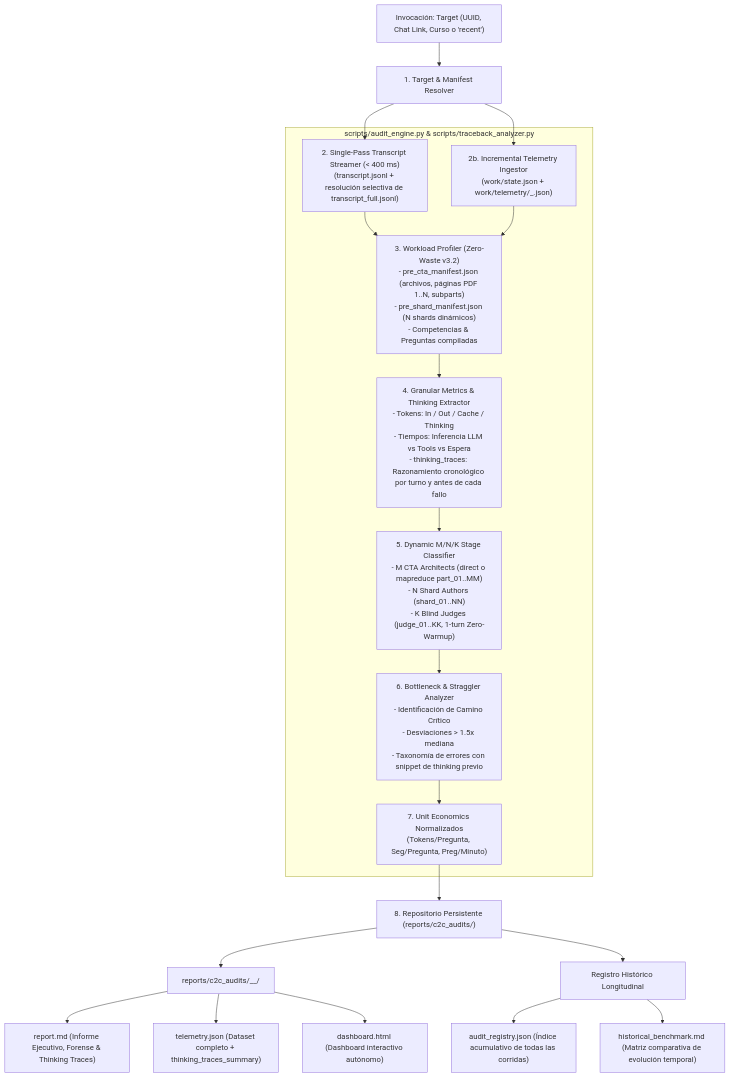
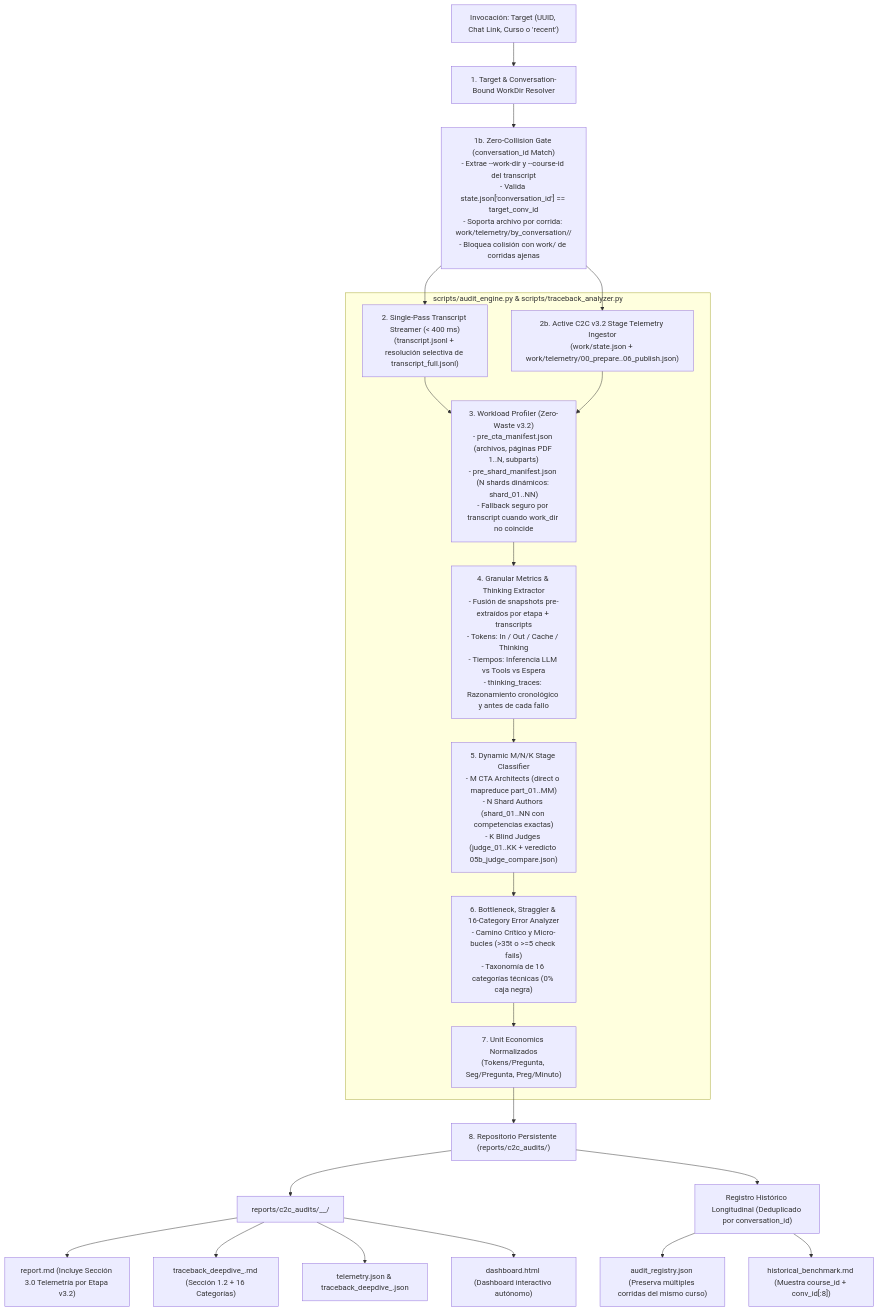
The diagram in .agents/skills/c2c-run-auditor/SKILL.md (aguerta/Tops_academy), drawn with Mermaid before and after one commit. The commit also changed other lines of this file and 10 other files, not shown here.

Commit message:
feat(skills): update c2c-run-auditor, telemetry collector, judge verification discovery & delete-course fuzzy resolution

````diff
--- a/.agents/skills/c2c-run-auditor/SKILL.md
+++ b/.agents/skills/c2c-run-auditor/SKILL.md
@@ -62,25 +62,27 @@
 ```mermaid
 flowchart TD
-    User["Invocación: Target (UUID, Chat Link, Curso o 'recent')"] --> Resolver["1. Target & Manifest Resolver"]
-    Resolver --> Streamer["2. Single-Pass Transcript Streamer (< 400 ms)\n(transcript.jsonl + resolución selectiva de transcript_full.jsonl)"]
-    Resolver --> IncTel["2b. Incremental Telemetry Ingestor\n(work/state.json + work/telemetry/<idx>_<stage>.json)"]
+    User["Invocación: Target (UUID, Chat Link, Curso o 'recent')"] --> Resolver["1. Target & Conversation-Bound WorkDir Resolver"]
+    Resolver --> ZeroColl["1b. Zero-Collision Gate (conversation_id Match)\n- Extrae --work-dir y --course-id del transcript\n- Valida state.json['conversation_id'] == target_conv_id\n- Soporta archivo por corrida: work/telemetry/by_conversation/<conv_id>/\n- Bloquea colisión con work/ de corridas ajenas"]
+    ZeroColl --> Streamer["2. Single-Pass Transcript Streamer (< 400 ms)\n(transcript.jsonl + resolución selectiva de transcript_full.jsonl)"]
+    ZeroColl --> IncTel["2b. Active C2C v3.2 Stage Telemetry Ingestor\n(work/state.json + work/telemetry/00_prepare..06_publish.json)"]
     
     subgraph Engine ["scripts/audit_engine.py & scripts/traceback_analyzer.py"]
-        Streamer --> Workload["3. Workload Profiler (Zero-Waste v3.2)\n- pre_cta_manifest.json (archivos, páginas PDF 1..N, subparts)\n- pre_shard_manifest.json (N shards dinámicos)\n- Competencias & Preguntas compiladas"]
+        Streamer --> Workload["3. Workload Profiler (Zero-Waste v3.2)\n- pre_cta_manifest.json (archivos, páginas PDF 1..N, subparts)\n- pre_shard_manifest.json (N shards dinámicos: shard_01..NN)\n- Fallback seguro por transcript cuando work_dir no coincide"]
         IncTel --> Workload
-        Workload --> Metrics["4. Granular Metrics & Thinking Extractor\n- Tokens: In / Out / Cache / Thinking\n- Tiempos: Inferencia LLM vs Tools vs Espera\n- thinking_traces: Razonamiento cronológico por turno y antes de cada fallo"]
-        Metrics --> Stages["5. Dynamic M/N/K Stage Classifier\n- M CTA Architects (direct o mapreduce part_01..MM)\n- N Shard Authors (shard_01..NN)\n- K Blind Judges (judge_01..KK, 1-turn Zero-Warmup)"]
-        Stages --> Bottlenecks["6. Bottleneck & Straggler Analyzer\n- Identificación de Camino Crítico\n- Desviaciones > 1.5x mediana\n- Taxonomía de errores con snippet de thinking previo"]
+        Workload --> Metrics["4. Granular Metrics & Thinking Extractor\n- Fusión de snapshots pre-extraídos por etapa + transcripts\n- Tokens: In / Out / Cache / Thinking\n- Tiempos: Inferencia LLM vs Tools vs Espera\n- thinking_traces: Razonamiento cronológico y antes de cada fallo"]
+        Metrics --> Stages["5. Dynamic M/N/K Stage Classifier\n- M CTA Architects (direct o mapreduce part_01..MM)\n- N Shard Authors (shard_01..NN con competencias exactas)\n- K Blind Judges (judge_01..KK + veredicto 05b_judge_compare.json)"]
+        Stages --> Bottlenecks["6. Bottleneck, Straggler & 16-Category Error Analyzer\n- Camino Crítico y Micro-bucles (>35t o >=5 check fails)\n- Taxonomía de 16 categorías técnicas (0% caja negra)"]
         Bottlenecks --> UnitEcon["7. Unit Economics Normalizados\n(Tokens/Pregunta, Seg/Pregunta, Preg/Minuto)"]
     end
     
     UnitEcon --> Persistence["8. Repositorio Persistente (reports/c2c_audits/)"]
-    Persistence --> RunDir["reports/c2c_audits/<timestamp>_<course>_<id>/"]
-    RunDir --> RepMD["report.md (Informe Ejecutivo, Forense & Thinking Traces)"]
-    RunDir --> TelJSON["telemetry.json (Dataset completo + thinking_traces_summary)"]
+    Persistence --> RunDir["reports/c2c_audits/<timestamp>_<course>_<conv_id[:8]>/"]
+    RunDir --> RepMD["report.md (Incluye Sección 3.0 Telemetría por Etapa v3.2)"]
+    RunDir --> TraceMD["traceback_deepdive_<id>.md (Sección 1.2 + 16 Categorías)"]
+    RunDir --> TelJSON["telemetry.json & traceback_deepdive_<id>.json"]
     RunDir --> DashHTML["dashboard.html (Dashboard interactivo autónomo)"]
     
-    Persistence --> Registry["Registro Histórico Longitudinal"]
-    Registry --> RegJSON["audit_registry.json (Índice acumulativo de todas las corridas)"]
-    Registry --> BenchMD["historical_benchmark.md (Matriz comparativa de evolución temporal)"]
+    Persistence --> Registry["Registro Histórico Longitudinal (Deduplicado por conversation_id)"]
+    Registry --> RegJSON["audit_registry.json (Preserva múltiples corridas del mismo curso)"]
+    Registry --> BenchMD["historical_benchmark.md (Muestra course_id + conv_id[:8])"]
 ```
````
